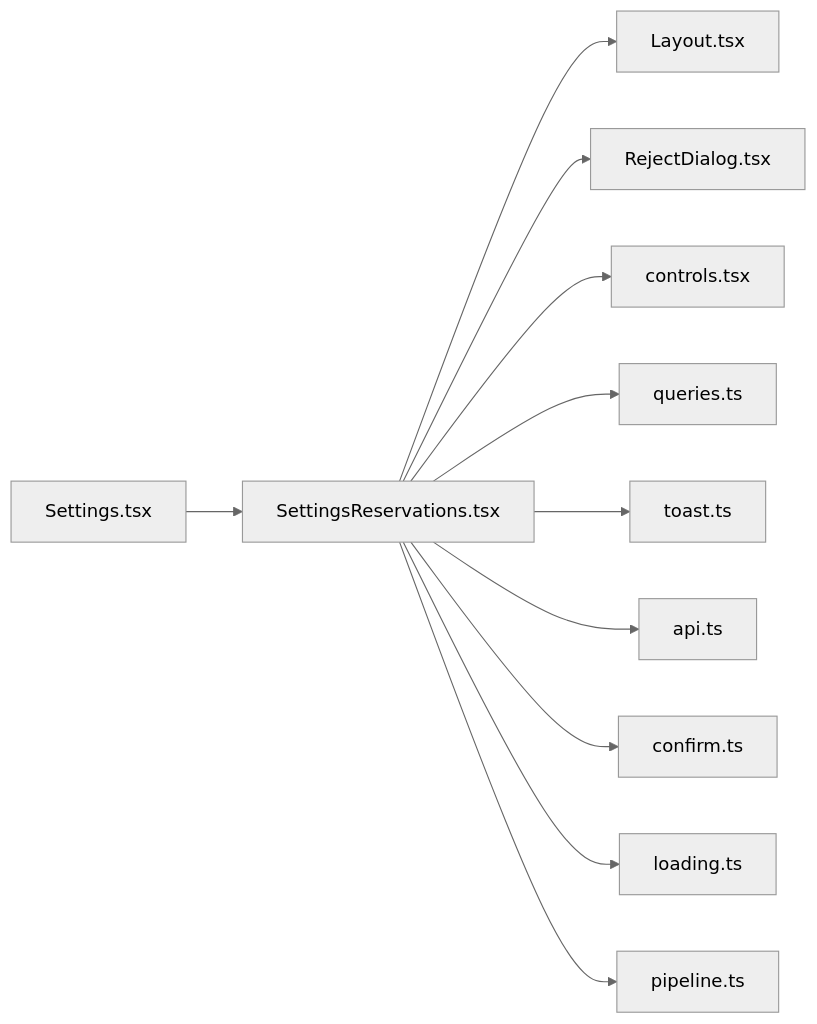
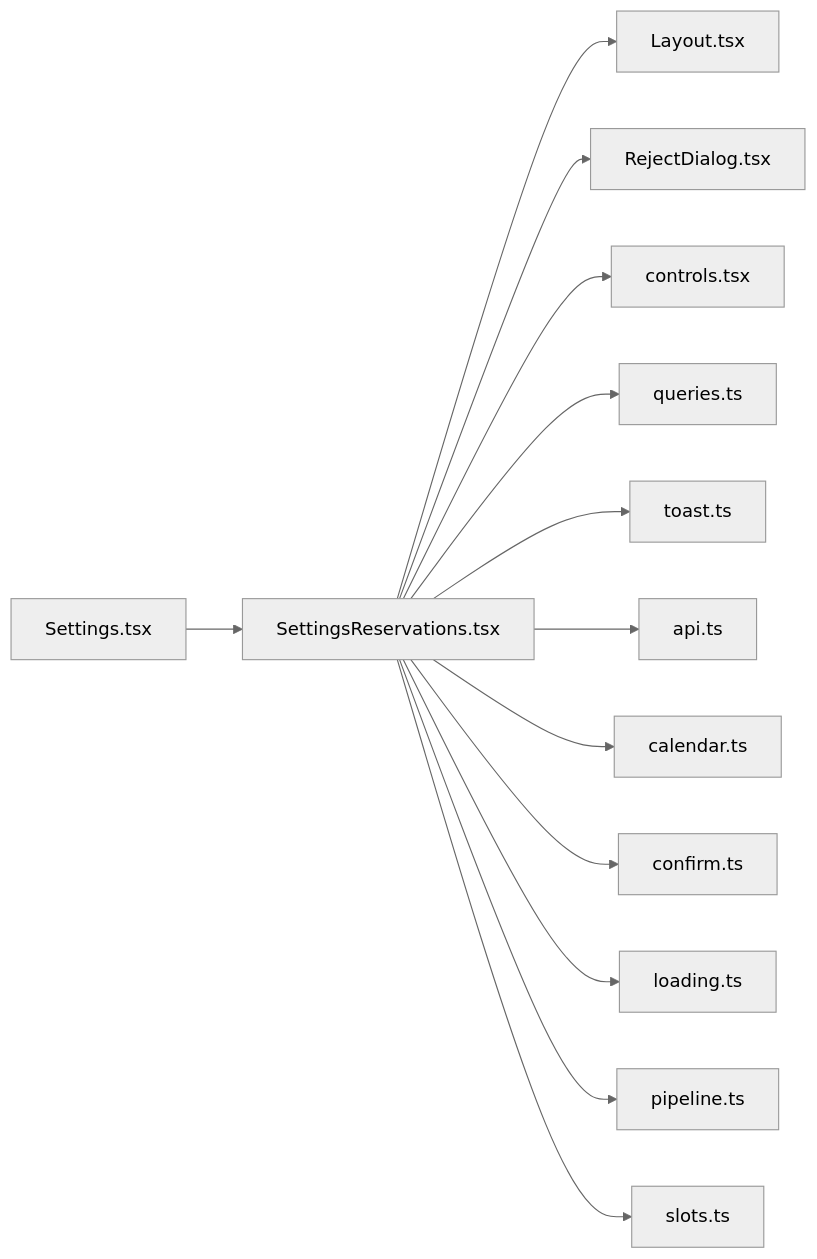
The diagram in .cluedoc/graph/frontend/src/routes/SettingsReservations.md (minkong-dev/Banblit), drawn with Mermaid (neutral theme) before and after one commit. The commit also changed other lines of this file and 56 other files, not shown here.

Commit message:
frontend: import pure lib functions from their own files instead of through pipeline

````diff
--- a/.cluedoc/graph/frontend/src/routes/SettingsReservations.md
+++ b/.cluedoc/graph/frontend/src/routes/SettingsReservations.md
@@ -10,14 +10,16 @@
 ```mermaid
 flowchart LR
   frontend_src_routes_SettingsReservations["SettingsReservations.tsx"]
   frontend_src_routes_SettingsReservations --> frontend_src_components_Layout["Layout.tsx"]
   frontend_src_routes_SettingsReservations --> frontend_src_components_RejectDialog["RejectDialog.tsx"]
   frontend_src_routes_SettingsReservations --> frontend_src_components_controls["controls.tsx"]
   frontend_src_routes_SettingsReservations --> frontend_src_components_queries["queries.ts"]
   frontend_src_routes_SettingsReservations --> frontend_src_components_toast["toast.ts"]
   frontend_src_routes_SettingsReservations --> frontend_src_lib_api["api.ts"]
+  frontend_src_routes_SettingsReservations --> frontend_src_lib_calendar["calendar.ts"]
   frontend_src_routes_SettingsReservations --> frontend_src_lib_confirm["confirm.ts"]
   frontend_src_routes_SettingsReservations --> frontend_src_lib_loading["loading.ts"]
   frontend_src_routes_SettingsReservations --> frontend_src_lib_pipeline["pipeline.ts"]
+  frontend_src_routes_SettingsReservations --> frontend_src_lib_slots["slots.ts"]
   frontend_src_routes_Settings["Settings.tsx"] --> frontend_src_routes_SettingsReservations
 ```
````
